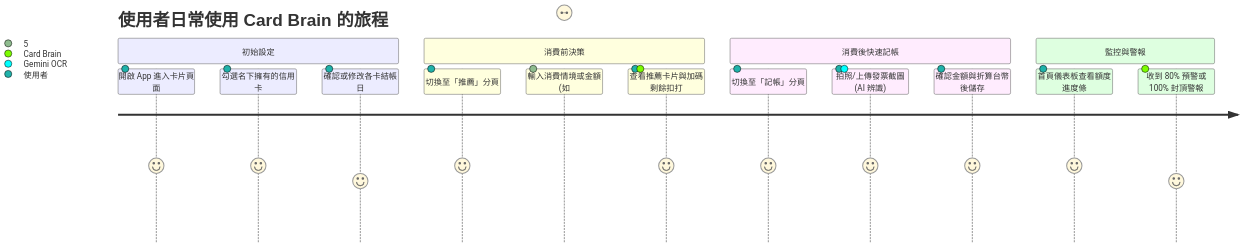
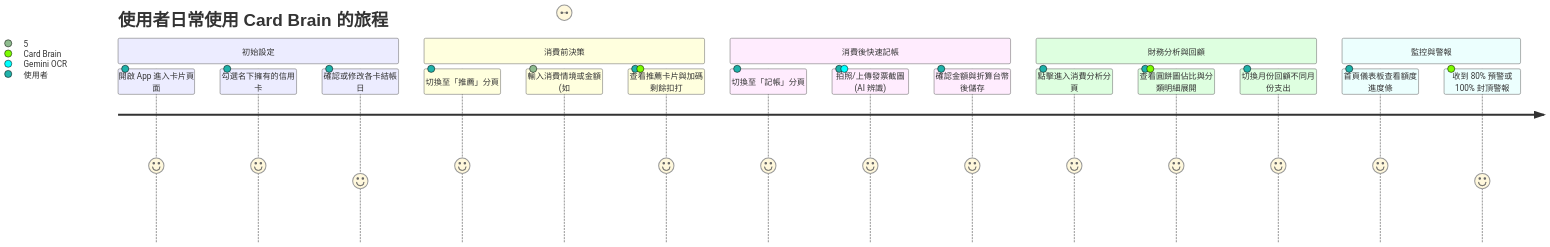
Before and after one commit to YAYee47/card-brain-app: the third of 3 diagrams in docs/🧠 我的信用卡外掛大腦：Card Brain 打造全紀錄（學習歷程・架構・全踩坑血淚寶典）.md, drawn with Mermaid. The commit also changed other lines of this file, not shown here.

First line of the commit message:
Docs: 擴充日常操作指南收錄消費分析圓餅圖與完整截圖圖解

````diff
--- a/docs/🧠 我的信用卡外掛大腦：Card Brain 打造全紀錄（學習歷程・架構・全踩坑血淚寶典）.md
+++ b/docs/🧠 我的信用卡外掛大腦：Card Brain 打造全紀錄（學習歷程・架構・全踩坑血淚寶典）.md
@@ -360,19 +360,23 @@
 ```mermaid
 journey
     title 使用者日常使用 Card Brain 的旅程
     section 初始設定
       開啟 App 進入卡片頁面: 5: 使用者
       勾選名下擁有的信用卡: 5: 使用者
       確認或修改各卡結帳日: 4: 使用者
     section 消費前決策
       切換至「推薦」分頁: 5: 使用者
       輸入消費情境或金額 (如: 星巴克 150): 5: 使用者
       查看推薦卡片與加碼剩餘扣打: 5: 使用者, Card Brain
     section 消費後快速記帳
       切換至「記帳」分頁: 5: 使用者
       拍照/上傳發票截圖 (AI 辨識): 5: 使用者, Gemini OCR
       確認金額與折算台幣後儲存: 5: 使用者
+    section 財務分析與回顧
+      點擊進入消費分析分頁: 5: 使用者
+      查看圓餅圖佔比與分類明細展開: 5: 使用者, Card Brain
+      切換月份回顧不同月份支出: 5: 使用者
     section 監控與警報
       首頁儀表板查看額度進度條: 5: 使用者
       收到 80% 預警或 100% 封頂警報: 4: Card Brain
 ```
````
